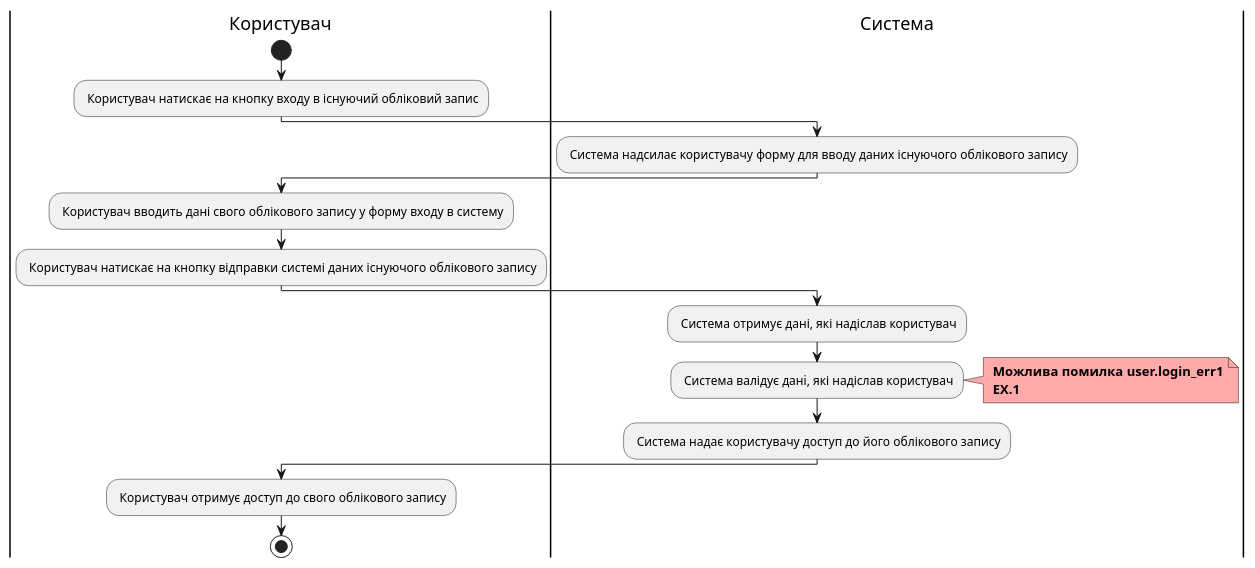
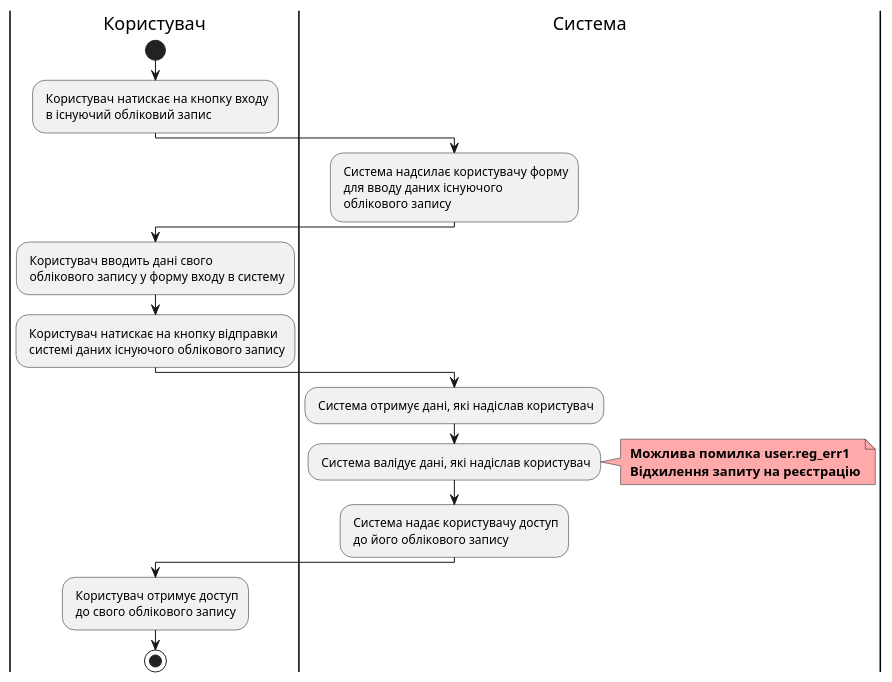
One commit to romalitv/db-course-work changed the second of 10 diagrams in docs/use cases/README.md. Above: the diagram before and after it, drawn with PlantUML. The commit also changed other lines of this file and 2 other files, not shown here.

```diff
--- a/docs/use cases/README.md
+++ b/docs/use cases/README.md
@@ -19,23 +65,30 @@
 @startuml
 
     |Користувач|
         start
-        : Користувач натискає на кнопку входу в існуючий обліковий запис;
+        : Користувач натискає на кнопку входу 
+         в існуючий обліковий запис;
     |Система|
-        : Система надсилає користувачу форму для вводу даних існуючого облікового запису;
+        : Система надсилає користувачу форму 
+         для вводу даних існуючого 
+         облікового запису;
     |Користувач|
-        : Користувач вводить дані свого облікового запису у форму входу в систему;
-        : Користувач натискає на кнопку відправки системі даних існуючого облікового запису;
+        : Користувач вводить дані свого 
+         облікового запису у форму входу в систему;
+        : Користувач натискає на кнопку відправки 
+         системі даних існуючого облікового запису;
     |Система|
         : Система отримує дані, які надіслав користувач;
         : Система валідує данi, які надіслав користувач;
         note right #ffaaaa
-        <b> Можлива помилка user.login_err1
-        <b> EX.1
+        <b> Можлива помилка user.reg_err1
+        <b> Відхилення запиту на реєстрацію
         end note
-        : Система надає користувачу доступ до його облікового запису;
+        : Система надає користувачу доступ 
+         до його облікового запису;
     |Користувач|
-        : Користувач отримує доступ до свого облікового запису;
+        : Користувач отримує доступ 
+         до свого облікового запису;
         stop;    
 
 @enduml
```
